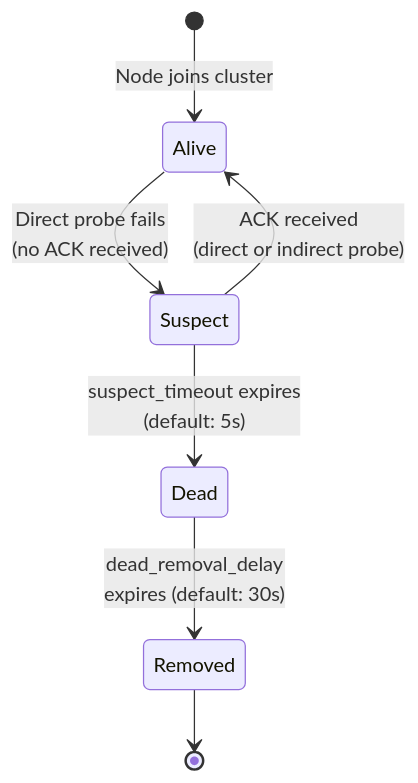
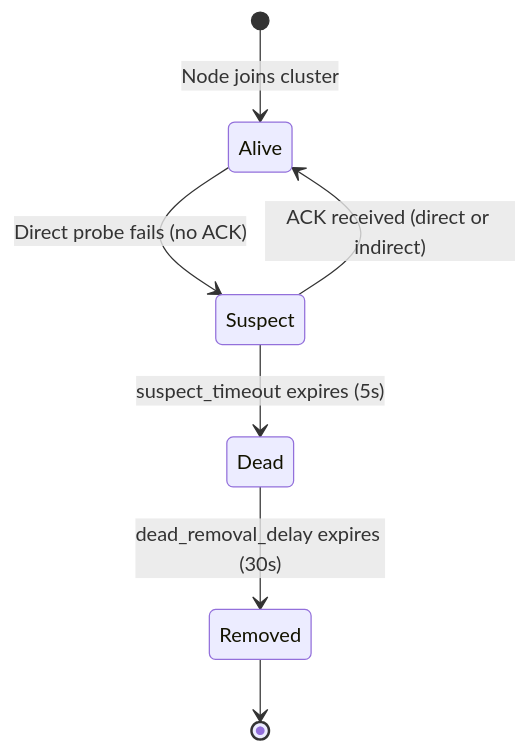
The ninth of 13 diagrams in docs/architecture.md (johnnyshields/rebar), drawn with Mermaid before and after one commit. The commit also changed 1 other file, not shown here.

Commit message:
fix(docs): remove unsupported <br> from state diagram transition labels

````diff
--- a/docs/architecture.md
+++ b/docs/architecture.md
@@ -277,11 +277,11 @@
 ```mermaid
 stateDiagram-v2
     [*] --> Alive : Node joins cluster
 
-    Alive --> Suspect : Direct probe fails<br>(no ACK received)
-    Suspect --> Alive : ACK received<br>(direct or indirect probe)
-    Suspect --> Dead : suspect_timeout expires<br>(default: 5s)
-    Dead --> Removed : dead_removal_delay<br>expires (default: 30s)
+    Alive --> Suspect : Direct probe fails (no ACK)
+    Suspect --> Alive : ACK received (direct or indirect)
+    Suspect --> Dead : suspect_timeout expires (5s)
+    Dead --> Removed : dead_removal_delay expires (30s)
 
     Removed --> [*]
 ```
````
